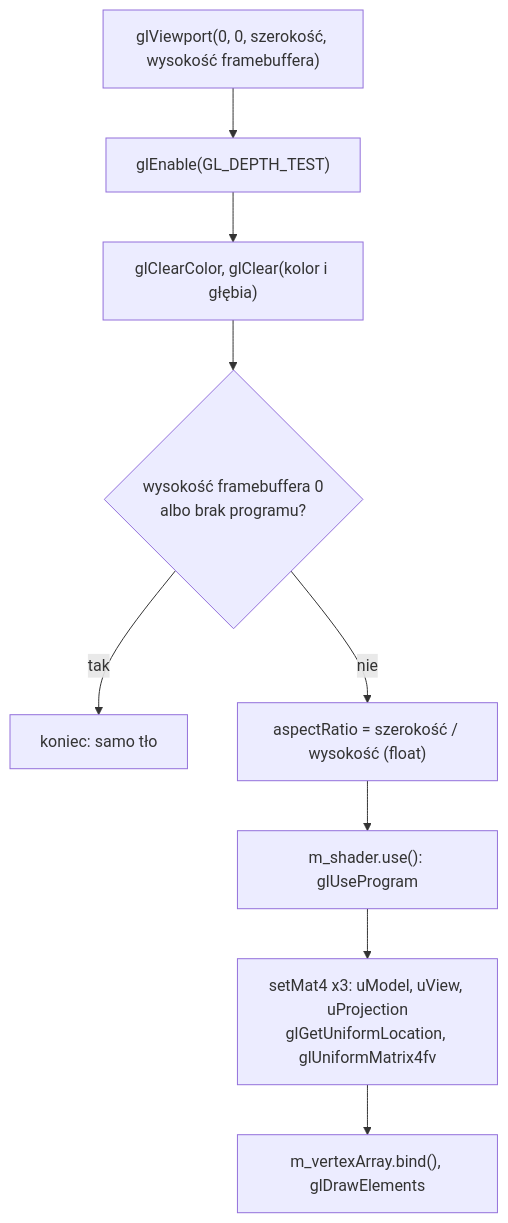
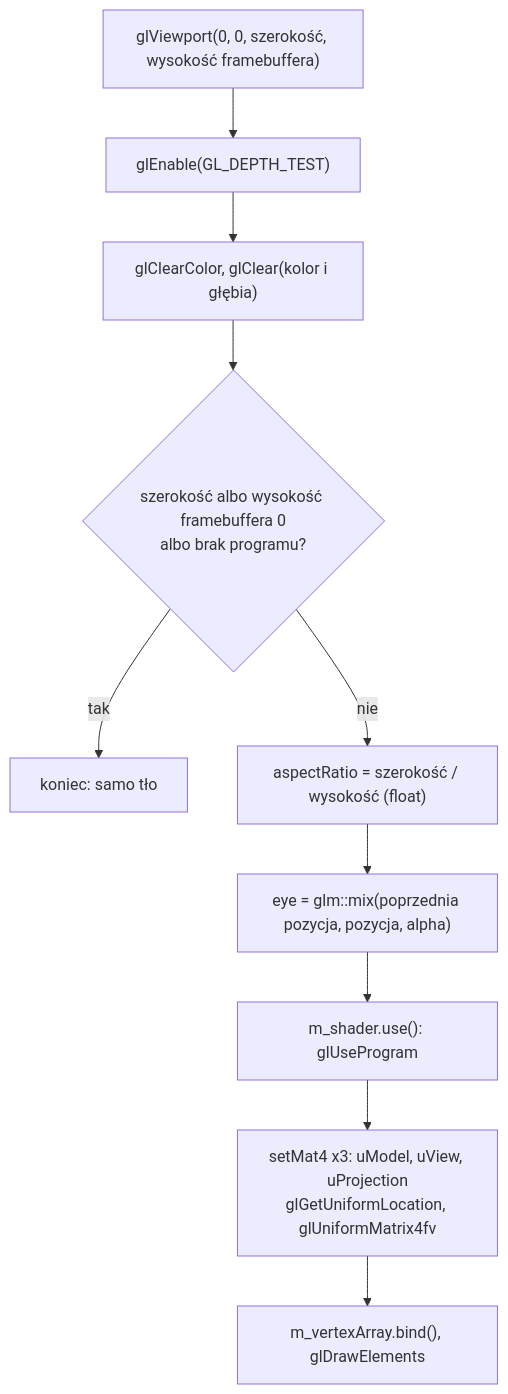
Before and after one commit to Shironex/night-maze: the second of 2 diagrams in docs/modules/scene/transforms-camera.md, drawn with Mermaid. The commit also changed other lines of this file and 25 other files, not shown here.

````diff
--- a/docs/modules/scene/transforms-camera.md
+++ b/docs/modules/scene/transforms-camera.md
@@ -387,11 +466,12 @@
 ```mermaid
 flowchart TD
     A["glViewport(0, 0, szerokość, wysokość framebuffera)"] --> B["glEnable(GL_DEPTH_TEST)"]
     B --> C["glClearColor, glClear(kolor i głębia)"]
-    C --> D{"wysokość framebuffera 0<br/>albo brak programu?"}
+    C --> D{"szerokość albo wysokość framebuffera 0<br/>albo brak programu?"}
     D -- tak --> End["koniec: samo tło"]
     D -- nie --> E["aspectRatio = szerokość / wysokość (float)"]
-    E --> F["m_shader.use(): glUseProgram"]
+    E --> X["eye = glm::mix(poprzednia pozycja, pozycja, alpha)"]
+    X --> F["m_shader.use(): glUseProgram"]
     F --> G["setMat4 x3: uModel, uView, uProjection<br/>glGetUniformLocation, glUniformMatrix4fv"]
     G --> H["m_vertexArray.bind(), glDrawElements"]
 ```
````
